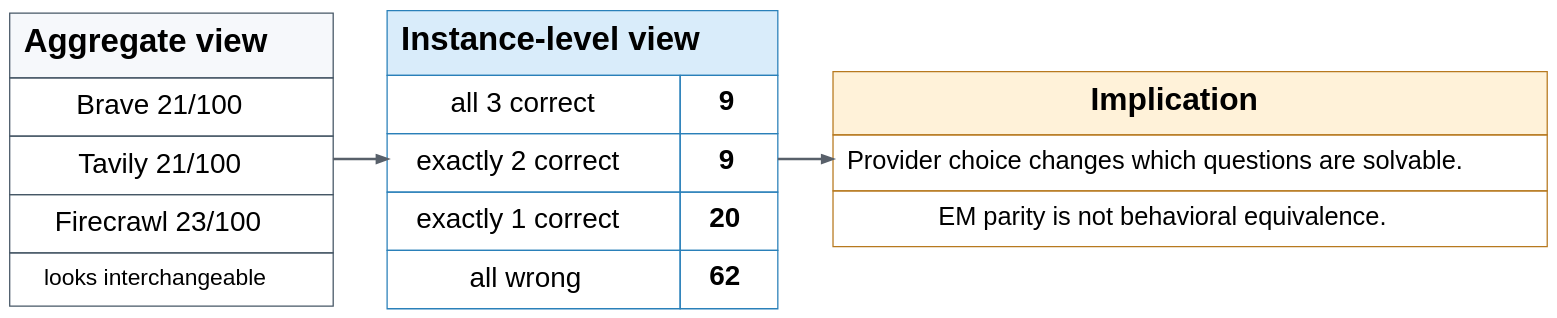
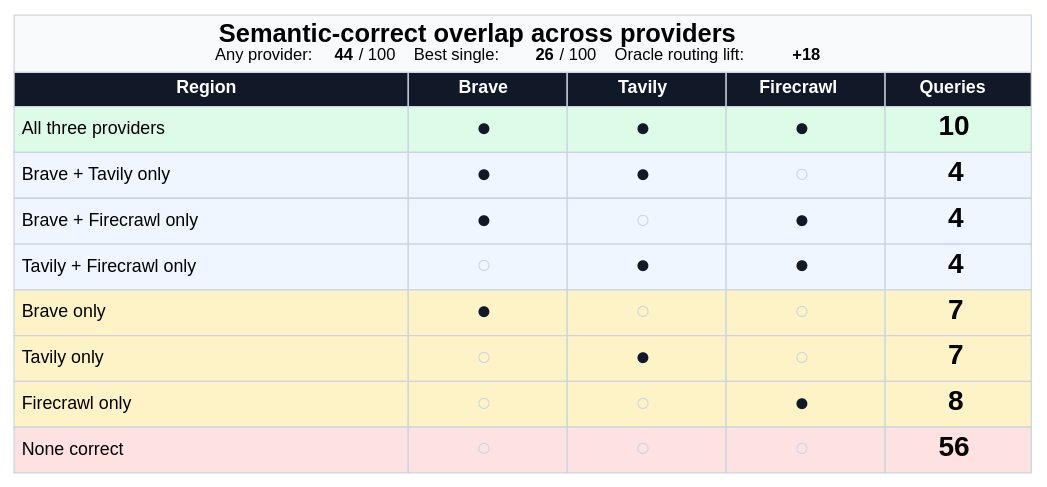
The diagram in paper/figures/fig4_complementarity.dot (selvamsriram/search-api-decision-surface), drawn with Graphviz before and after one commit. The commit also changed 33 other files, not shown here.

```diff
--- a/paper/figures/fig4_complementarity.dot
+++ b/paper/figures/fig4_complementarity.dot
@@ -1,28 +1,73 @@
 digraph G {
-  graph [rankdir=LR, bgcolor="transparent", margin=0.03, nodesep=0.5, ranksep=0.6, splines=ortho];
+  graph [rankdir=TB, bgcolor="white", margin=0.04, fontname="Helvetica"];
   node [shape=plain, fontname="Helvetica"];
-  edge [color="#58606A", penwidth=2.0, arrowsize=0.8];
-  agg [label=<
-  <TABLE BORDER="0" CELLBORDER="1" CELLSPACING="0" CELLPADDING="10" COLOR="#465766">
-  <TR><TD BGCOLOR="#F6F8FB"><FONT POINT-SIZE="26"><B>Aggregate view</B></FONT></TD></TR>
-  <TR><TD><FONT POINT-SIZE="22">Brave 21/100</FONT></TD></TR>
-  <TR><TD><FONT POINT-SIZE="22">Tavily 21/100</FONT></TD></TR>
-  <TR><TD><FONT POINT-SIZE="22">Firecrawl 23/100</FONT></TD></TR>
-  <TR><TD><FONT POINT-SIZE="18">looks interchangeable</FONT></TD></TR>
+  upset [label=<
+  <TABLE BORDER="0" CELLBORDER="1" CELLSPACING="0" CELLPADDING="5" COLOR="#CBD5E1">
+    <TR>
+      <TD COLSPAN="5" BGCOLOR="#F8FAFC"><FONT POINT-SIZE="20"><B>Semantic-correct overlap across providers</B></FONT><BR/><FONT POINT-SIZE="13">Any provider: <B>44</B> / 100 &nbsp;&nbsp; Best single: <B>26</B> / 100 &nbsp;&nbsp; Oracle routing lift: <B>+18</B></FONT></TD>
+    </TR>
+    <TR>
+      <TD WIDTH="310" BGCOLOR="#111827"><FONT COLOR="white"><B>Region</B></FONT></TD>
+      <TD WIDTH="125" BGCOLOR="#111827"><FONT COLOR="white"><B>Brave</B></FONT></TD>
+      <TD WIDTH="125" BGCOLOR="#111827"><FONT COLOR="white"><B>Tavily</B></FONT></TD>
+      <TD WIDTH="125" BGCOLOR="#111827"><FONT COLOR="white"><B>Firecrawl</B></FONT></TD>
+      <TD WIDTH="115" BGCOLOR="#111827"><FONT COLOR="white"><B>Queries</B></FONT></TD>
+    </TR>
+    <TR>
+      <TD ALIGN="LEFT" WIDTH="310" BGCOLOR="#DCFCE7">All three providers</TD>
+      <TD WIDTH="125" BGCOLOR="#DCFCE7"><FONT POINT-SIZE="20" COLOR="#111827">&#9679;</FONT></TD>
+      <TD WIDTH="125" BGCOLOR="#DCFCE7"><FONT POINT-SIZE="20" COLOR="#111827">&#9679;</FONT></TD>
+      <TD WIDTH="125" BGCOLOR="#DCFCE7"><FONT POINT-SIZE="20" COLOR="#111827">&#9679;</FONT></TD>
+      <TD WIDTH="115" BGCOLOR="#DCFCE7"><FONT POINT-SIZE="22"><B>10</B></FONT></TD>
+    </TR>
+    <TR>
+      <TD ALIGN="LEFT" WIDTH="310" BGCOLOR="#EFF6FF">Brave + Tavily only</TD>
+      <TD WIDTH="125" BGCOLOR="#EFF6FF"><FONT POINT-SIZE="20" COLOR="#111827">&#9679;</FONT></TD>
+      <TD WIDTH="125" BGCOLOR="#EFF6FF"><FONT POINT-SIZE="20" COLOR="#111827">&#9679;</FONT></TD>
+      <TD WIDTH="125" BGCOLOR="#EFF6FF"><FONT POINT-SIZE="20" COLOR="#CBD5E1">&#9675;</FONT></TD>
+      <TD WIDTH="115" BGCOLOR="#EFF6FF"><FONT POINT-SIZE="22"><B>4</B></FONT></TD>
+    </TR>
+    <TR>
+      <TD ALIGN="LEFT" WIDTH="310" BGCOLOR="#EFF6FF">Brave + Firecrawl only</TD>
+      <TD WIDTH="125" BGCOLOR="#EFF6FF"><FONT POINT-SIZE="20" COLOR="#111827">&#9679;</FONT></TD>
+      <TD WIDTH="125" BGCOLOR="#EFF6FF"><FONT POINT-SIZE="20" COLOR="#CBD5E1">&#9675;</FONT></TD>
+      <TD WIDTH="125" BGCOLOR="#EFF6FF"><FONT POINT-SIZE="20" COLOR="#111827">&#9679;</FONT></TD>
+      <TD WIDTH="115" BGCOLOR="#EFF6FF"><FONT POINT-SIZE="22"><B>4</B></FONT></TD>
+    </TR>
+    <TR>
+      <TD ALIGN="LEFT" WIDTH="310" BGCOLOR="#EFF6FF">Tavily + Firecrawl only</TD>
+      <TD WIDTH="125" BGCOLOR="#EFF6FF"><FONT POINT-SIZE="20" COLOR="#CBD5E1">&#9675;</FONT></TD>
+      <TD WIDTH="125" BGCOLOR="#EFF6FF"><FONT POINT-SIZE="20" COLOR="#111827">&#9679;</FONT></TD>
+      <TD WIDTH="125" BGCOLOR="#EFF6FF"><FONT POINT-SIZE="20" COLOR="#111827">&#9679;</FONT></TD>
+      <TD WIDTH="115" BGCOLOR="#EFF6FF"><FONT POINT-SIZE="22"><B>4</B></FONT></TD>
+    </TR>
+    <TR>
+      <TD ALIGN="LEFT" WIDTH="310" BGCOLOR="#FEF3C7">Brave only</TD>
+      <TD WIDTH="125" BGCOLOR="#FEF3C7"><FONT POINT-SIZE="20" COLOR="#111827">&#9679;</FONT></TD>
+      <TD WIDTH="125" BGCOLOR="#FEF3C7"><FONT POINT-SIZE="20" COLOR="#CBD5E1">&#9675;</FONT></TD>
+      <TD WIDTH="125" BGCOLOR="#FEF3C7"><FONT POINT-SIZE="20" COLOR="#CBD5E1">&#9675;</FONT></TD>
+      <TD WIDTH="115" BGCOLOR="#FEF3C7"><FONT POINT-SIZE="22"><B>7</B></FONT></TD>
+    </TR>
+    <TR>
+      <TD ALIGN="LEFT" WIDTH="310" BGCOLOR="#FEF3C7">Tavily only</TD>
+      <TD WIDTH="125" BGCOLOR="#FEF3C7"><FONT POINT-SIZE="20" COLOR="#CBD5E1">&#9675;</FONT></TD>
+      <TD WIDTH="125" BGCOLOR="#FEF3C7"><FONT POINT-SIZE="20" COLOR="#111827">&#9679;</FONT></TD>
+      <TD WIDTH="125" BGCOLOR="#FEF3C7"><FONT POINT-SIZE="20" COLOR="#CBD5E1">&#9675;</FONT></TD>
+      <TD WIDTH="115" BGCOLOR="#FEF3C7"><FONT POINT-SIZE="22"><B>7</B></FONT></TD>
+    </TR>
+    <TR>
+      <TD ALIGN="LEFT" WIDTH="310" BGCOLOR="#FEF3C7">Firecrawl only</TD>
+      <TD WIDTH="125" BGCOLOR="#FEF3C7"><FONT POINT-SIZE="20" COLOR="#CBD5E1">&#9675;</FONT></TD>
+      <TD WIDTH="125" BGCOLOR="#FEF3C7"><FONT POINT-SIZE="20" COLOR="#CBD5E1">&#9675;</FONT></TD>
+      <TD WIDTH="125" BGCOLOR="#FEF3C7"><FONT POINT-SIZE="20" COLOR="#111827">&#9679;</FONT></TD>
+      <TD WIDTH="115" BGCOLOR="#FEF3C7"><FONT POINT-SIZE="22"><B>8</B></FONT></TD>
+    </TR>
+    <TR>
+      <TD ALIGN="LEFT" WIDTH="310" BGCOLOR="#FEE2E2">None correct</TD>
+      <TD WIDTH="125" BGCOLOR="#FEE2E2"><FONT POINT-SIZE="20" COLOR="#CBD5E1">&#9675;</FONT></TD>
+      <TD WIDTH="125" BGCOLOR="#FEE2E2"><FONT POINT-SIZE="20" COLOR="#CBD5E1">&#9675;</FONT></TD>
+      <TD WIDTH="125" BGCOLOR="#FEE2E2"><FONT POINT-SIZE="20" COLOR="#CBD5E1">&#9675;</FONT></TD>
+      <TD WIDTH="115" BGCOLOR="#FEE2E2"><FONT POINT-SIZE="22"><B>56</B></FONT></TD>
+    </TR>
   </TABLE>>];
-  instance [label=<
-  <TABLE BORDER="0" CELLBORDER="1" CELLSPACING="0" CELLPADDING="10" COLOR="#2A80B9">
-  <TR><TD BGCOLOR="#D9ECFA" COLSPAN="2"><FONT POINT-SIZE="26"><B>Instance-level view</B></FONT></TD></TR>
-  <TR><TD><FONT POINT-SIZE="22">all 3 correct</FONT></TD><TD><FONT POINT-SIZE="22"><B>9</B></FONT></TD></TR>
-  <TR><TD><FONT POINT-SIZE="22">exactly 2 correct</FONT></TD><TD><FONT POINT-SIZE="22"><B>9</B></FONT></TD></TR>
-  <TR><TD><FONT POINT-SIZE="22">exactly 1 correct</FONT></TD><TD><FONT POINT-SIZE="22"><B>20</B></FONT></TD></TR>
-  <TR><TD><FONT POINT-SIZE="22">all wrong</FONT></TD><TD><FONT POINT-SIZE="22"><B>62</B></FONT></TD></TR>
-  </TABLE>>];
-  implication [label=<
-  <TABLE BORDER="0" CELLBORDER="1" CELLSPACING="0" CELLPADDING="10" COLOR="#B7791F">
-  <TR><TD BGCOLOR="#FFF2D9"><FONT POINT-SIZE="25"><B>Implication</B></FONT></TD></TR>
-  <TR><TD><FONT POINT-SIZE="20">Provider choice changes which questions are solvable.</FONT></TD></TR>
-  <TR><TD><FONT POINT-SIZE="20">EM parity is not behavioral equivalence.</FONT></TD></TR>
-  </TABLE>>];
-  agg -> instance -> implication;
 }
```
